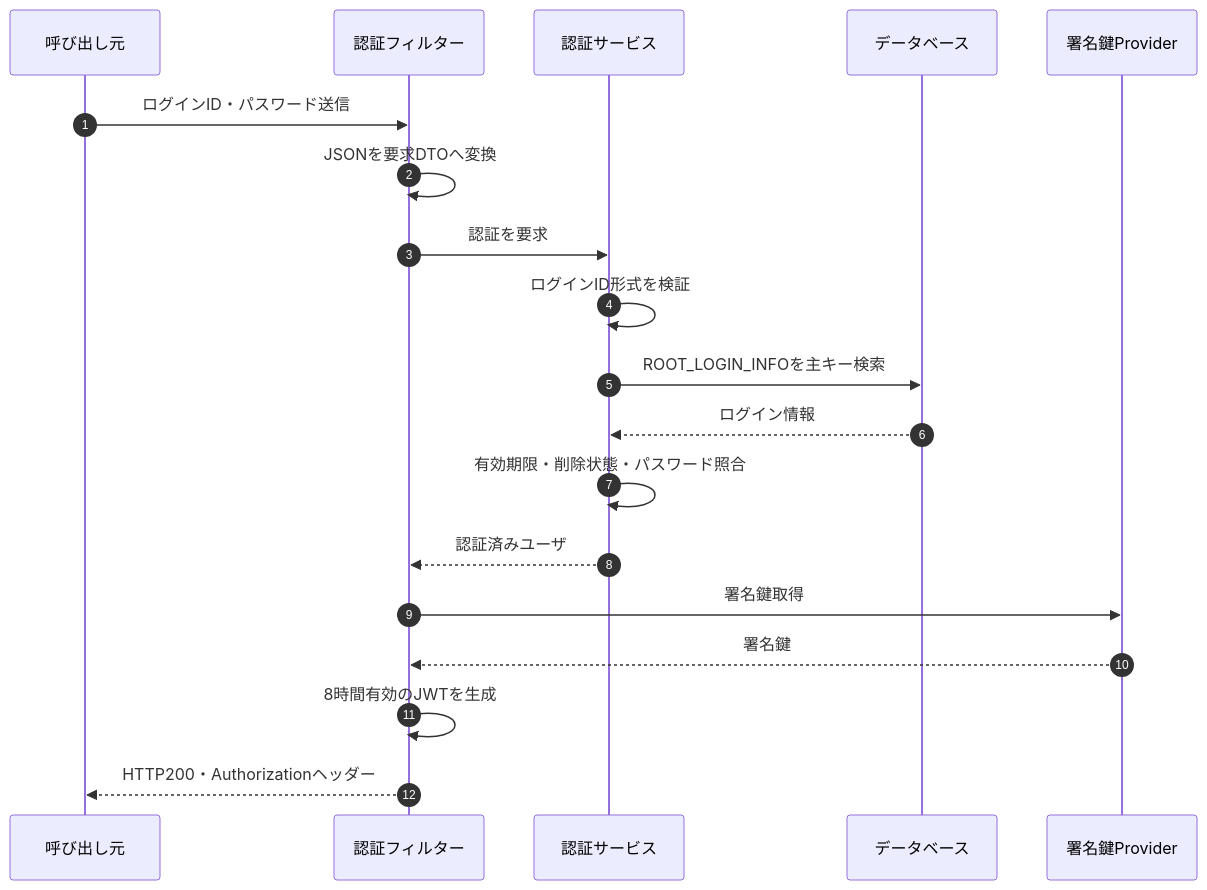
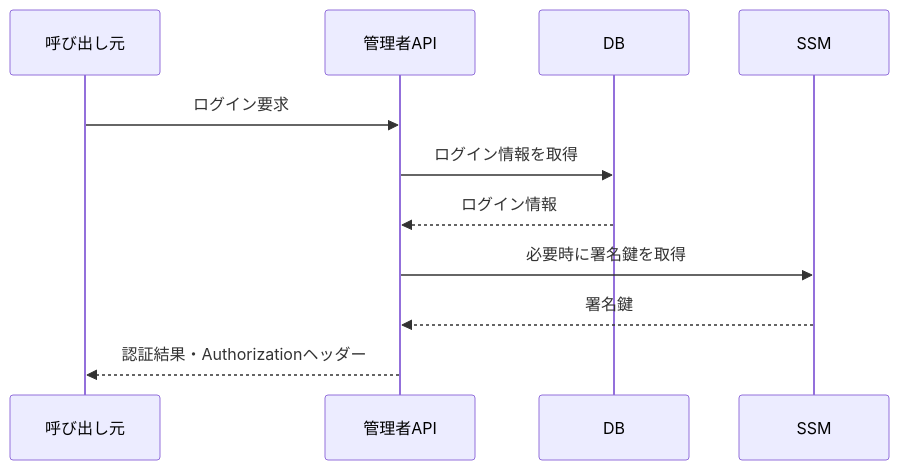
The first of 2 diagrams in ha-docs/design/05_rootapi/設計書_5.1.ログインAPI.md (kohei-okazaki/work-3g), drawn with Mermaid before and after one commit. The commit also changed other lines of this file and 67 other files, not shown here.

````diff
--- a/ha-docs/design/05_rootapi/設計書_5.1.ログインAPI.md
+++ b/ha-docs/design/05_rootapi/設計書_5.1.ログインAPI.md
@@ -79,21 +11,13 @@
 ```mermaid
 sequenceDiagram
-    autonumber
     participant C as 呼び出し元
-    participant F as 認証フィルター
-    participant A as 認証サービス
-    participant D as データベース
-    participant K as 署名鍵Provider
-    C->>F: ログインID・パスワード送信
-    F->>F: JSONを要求DTOへ変換
-    F->>A: 認証を要求
-    A->>A: ログインID形式を検証
-    A->>D: ROOT_LOGIN_INFOを主キー検索
+    participant A as 管理者API
+    participant D as DB
+    participant K as SSM
+    C->>A: ログイン要求
+    A->>D: ログイン情報を取得
     D-->>A: ログイン情報
-    A->>A: 有効期限・削除状態・パスワード照合
-    A-->>F: 認証済みユーザ
-    F->>K: 署名鍵取得
-    K-->>F: 署名鍵
-    F->>F: 8時間有効のJWTを生成
-    F-->>C: HTTP200・Authorizationヘッダー
+    A->>K: 必要時に署名鍵を取得
+    K-->>A: 署名鍵
+    A-->>C: 認証結果・Authorizationヘッダー
 ```
````
